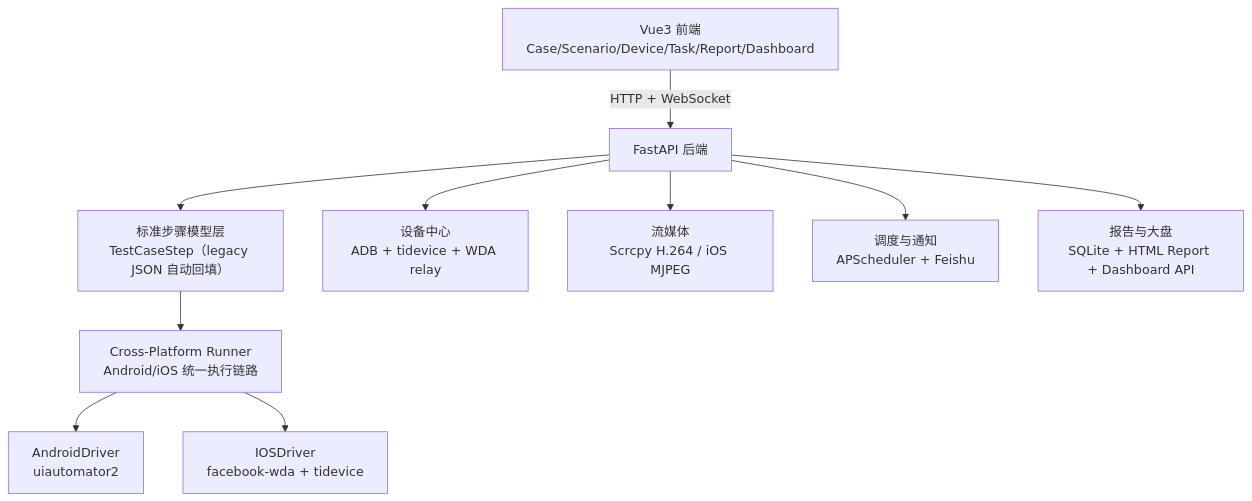
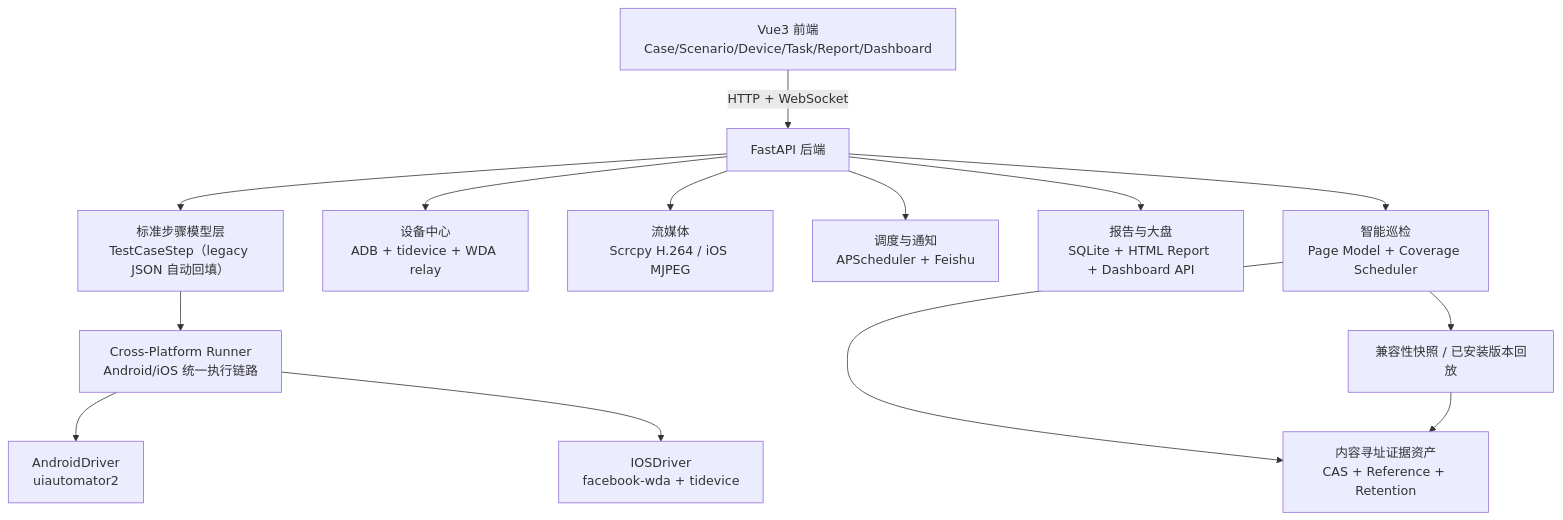
One commit to liqiu-debug/AutoDroid changed the diagram in docs/PROJECT_OVERVIEW_CN.md. Above: the diagram before and after it, drawn with Mermaid. The commit also changed other lines of this file and 9 other files, not shown here.

````diff
--- a/docs/PROJECT_OVERVIEW_CN.md
+++ b/docs/PROJECT_OVERVIEW_CN.md
@@ -45,12 +51,16 @@
 ```mermaid
 flowchart TD
     A["Vue3 前端<br/>Case/Scenario/Device/Task/Report/Dashboard"] -->|"HTTP + WebSocket"| B["FastAPI 后端"]
     B --> C["标准步骤模型层<br/>TestCaseStep（legacy JSON 自动回填）"]
     C --> D2["Cross-Platform Runner<br/>Android/iOS 统一执行链路"]
     D2 --> E1["AndroidDriver<br/>uiautomator2"]
     D2 --> E2["IOSDriver<br/>facebook-wda + tidevice"]
     B --> F["设备中心<br/>ADB + tidevice + WDA relay"]
     B --> G["流媒体<br/>Scrcpy H.264 / iOS MJPEG"]
     B --> H["调度与通知<br/>APScheduler + Feishu"]
     B --> I["报告与大盘<br/>SQLite + HTML Report + Dashboard API"]
+    B --> J["智能巡检<br/>Page Model + Coverage Scheduler"]
+    J --> K["兼容性快照 / 已安装版本回放"]
+    J --> L["内容寻址证据资产<br/>CAS + Reference + Retention"]
+    K --> L
 ```
````
